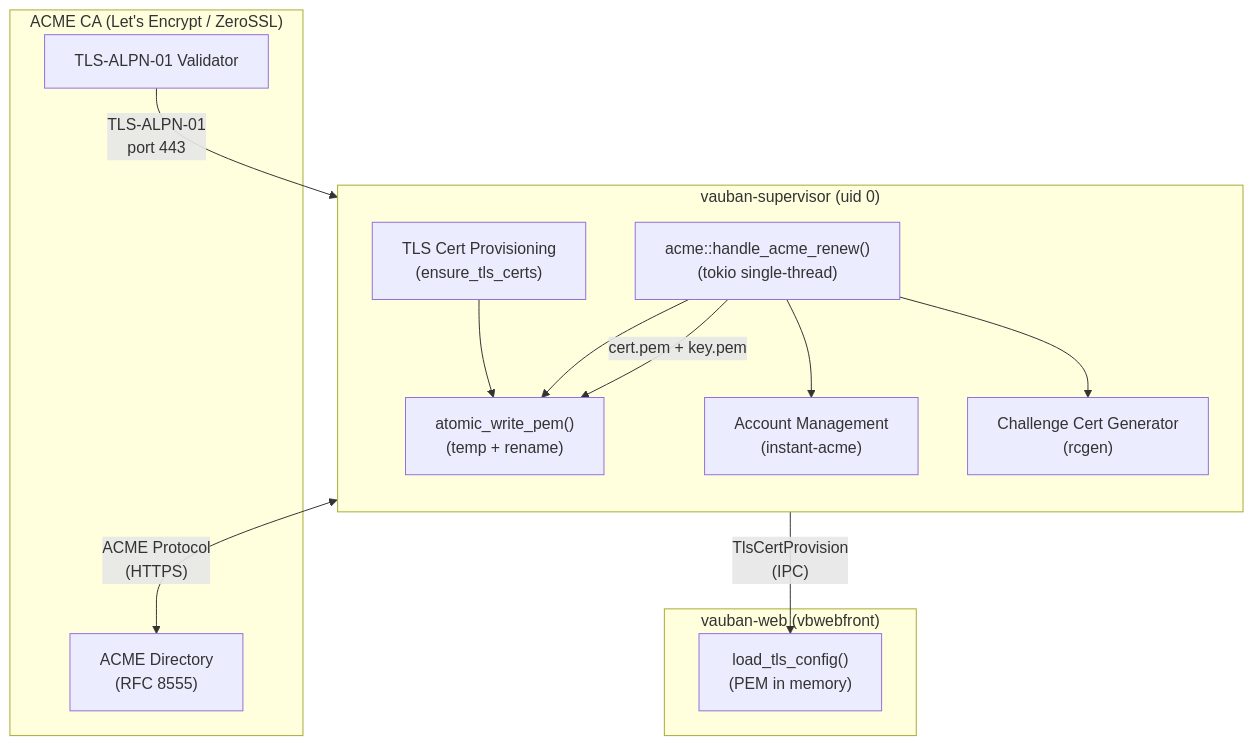
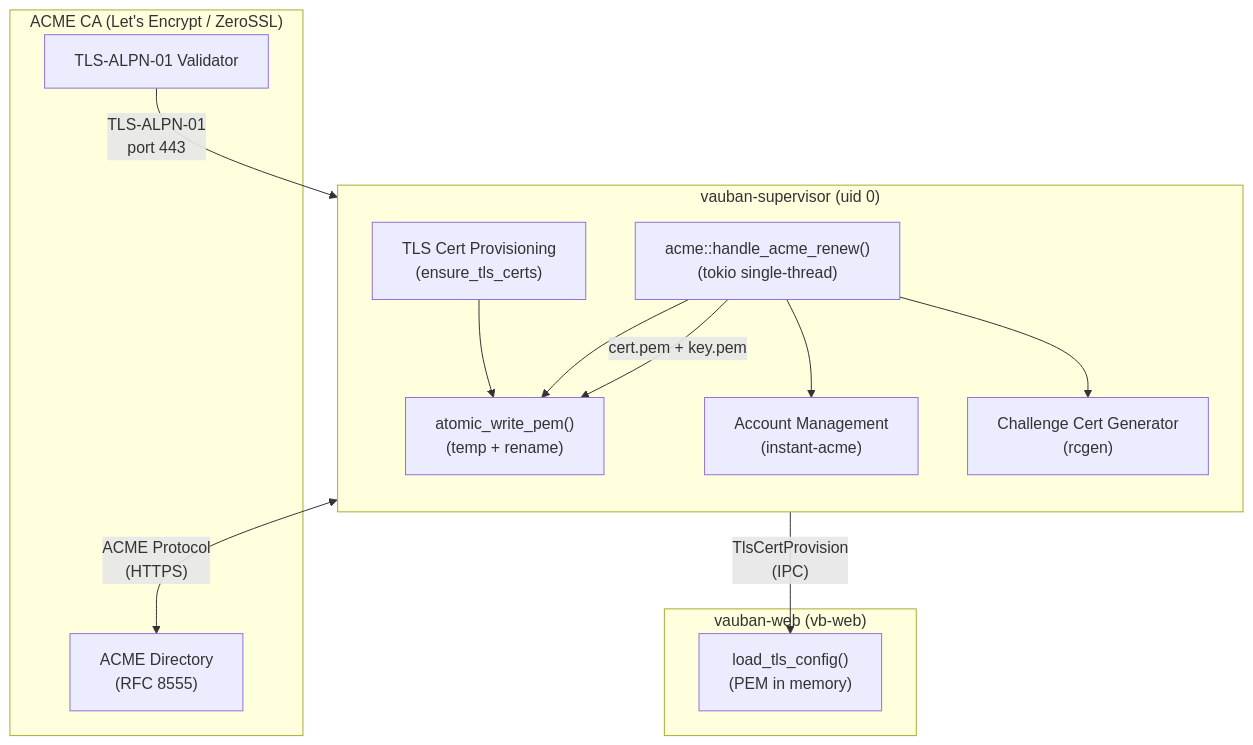
The first of 9 diagrams in docs/technical/Vauban_ACME_TLS_Architecture_EN(1.0).md (rbenaley/Vauban), drawn with Mermaid before and after one commit. The commit also changed other lines of this file and 3 other files, not shown here.

````diff
--- a/docs/technical/Vauban_ACME_TLS_Architecture_EN(1.0).md
+++ b/docs/technical/Vauban_ACME_TLS_Architecture_EN(1.0).md
@@ -76,30 +76,30 @@
 ```mermaid
 flowchart TB
     subgraph supervisor ["vauban-supervisor (uid 0)"]
         direction TB
         CertProv["TLS Cert Provisioning<br/>(ensure_tls_certs)"]
         AcmeWorker["acme::handle_acme_renew()<br/>(tokio single-thread)"]
         AccountMgr["Account Management<br/>(instant-acme)"]
         ChallengGen["Challenge Cert Generator<br/>(rcgen)"]
         DiskWriter["atomic_write_pem()<br/>(temp + rename)"]
 
         CertProv --> DiskWriter
         AcmeWorker --> AccountMgr
         AcmeWorker --> ChallengGen
         AcmeWorker --> DiskWriter
     end
 
-    subgraph web ["vauban-web (vbwebfront)"]
+    subgraph web ["vauban-web (vb-web)"]
         TLSConfig["load_tls_config()<br/>(PEM in memory)"]
     end
 
     subgraph ca ["ACME CA (Let's Encrypt / ZeroSSL)"]
         ACME_DIR["ACME Directory<br/>(RFC 8555)"]
         ACME_VAL["TLS-ALPN-01 Validator"]
     end
 
     CertProv -->|"TlsCertProvision<br/>(IPC)"| TLSConfig
     AcmeWorker <-->|"ACME Protocol<br/>(HTTPS)"| ACME_DIR
     ACME_VAL -->|"TLS-ALPN-01<br/>port 443"| AcmeWorker
     AcmeWorker -->|"cert.pem + key.pem"| DiskWriter
 ```
````
